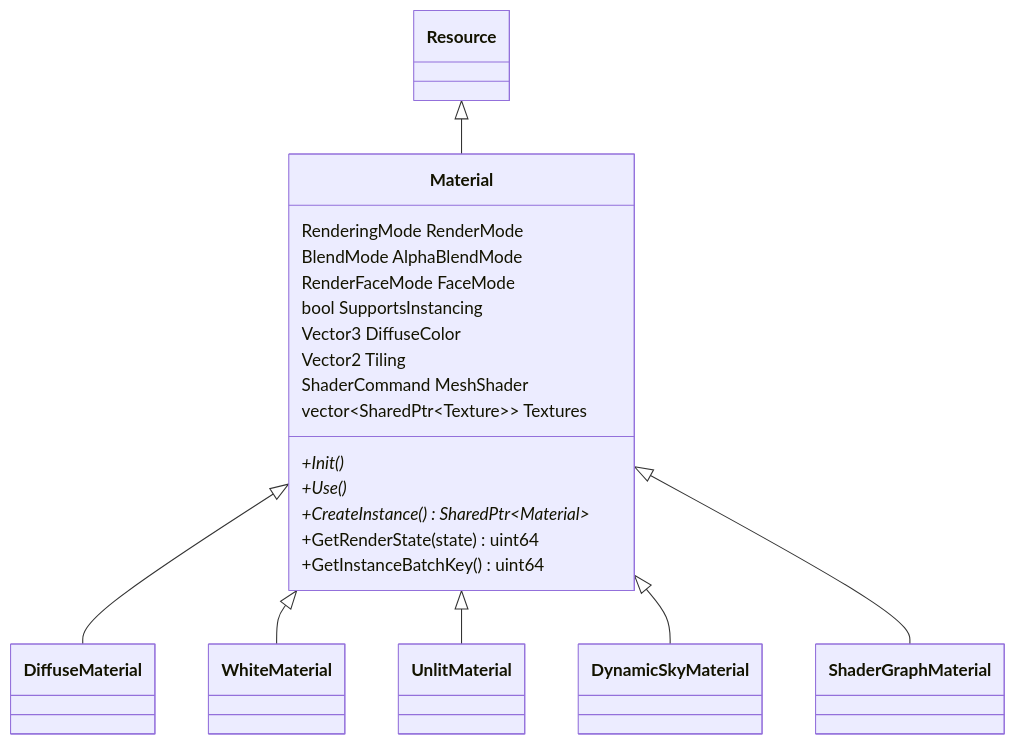
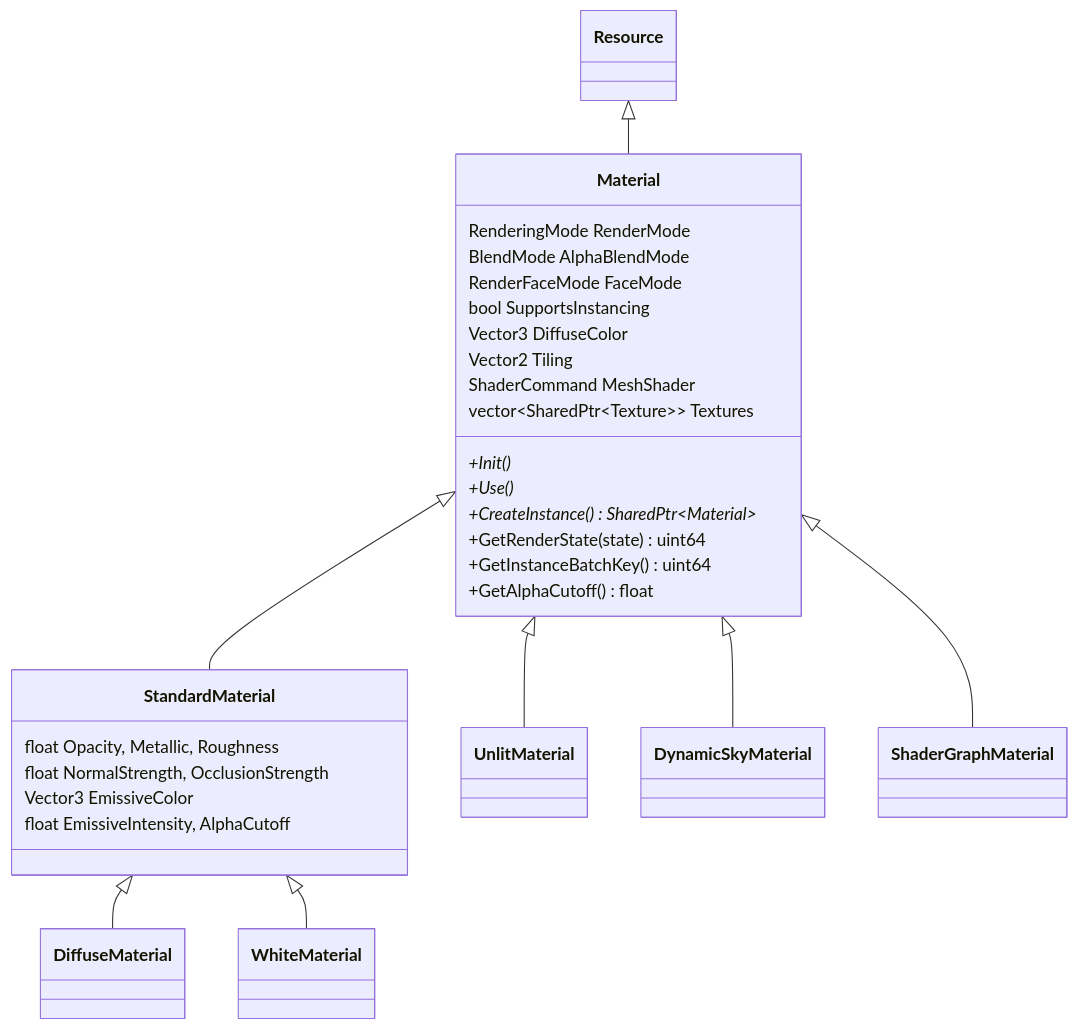
Before and after one commit to wobbier/MitchEngine: the first of 2 diagrams in Docs/Materials-and-Shaders.md, drawn with Mermaid. The commit also changed other lines of this file and 4 other files, not shown here.

````diff
--- a/Docs/Materials-and-Shaders.md
+++ b/Docs/Materials-and-Shaders.md
@@ -29,24 +34,32 @@
 ```mermaid
 classDiagram
     Resource <|-- Material
-    Material <|-- DiffuseMaterial
-    Material <|-- WhiteMaterial
+    Material <|-- StandardMaterial
+    StandardMaterial <|-- DiffuseMaterial
+    StandardMaterial <|-- WhiteMaterial
     Material <|-- UnlitMaterial
     Material <|-- DynamicSkyMaterial
     Material <|-- ShaderGraphMaterial
     class Material {
         RenderingMode RenderMode
         BlendMode AlphaBlendMode
         RenderFaceMode FaceMode
         bool SupportsInstancing
         Vector3 DiffuseColor
         Vector2 Tiling
         ShaderCommand MeshShader
         vector~SharedPtr~Texture~~ Textures
-        +Init()* 
-        +Use()* 
+        +Init()*
+        +Use()*
         +CreateInstance()* SharedPtr~Material~
         +GetRenderState(state) uint64
         +GetInstanceBatchKey() uint64
+        +GetAlphaCutoff() float
+    }
+    class StandardMaterial {
+        float Opacity, Metallic, Roughness
+        float NormalStrength, OcclusionStrength
+        Vector3 EmissiveColor
+        float EmissiveIntensity, AlphaCutoff
     }
 ```
````
